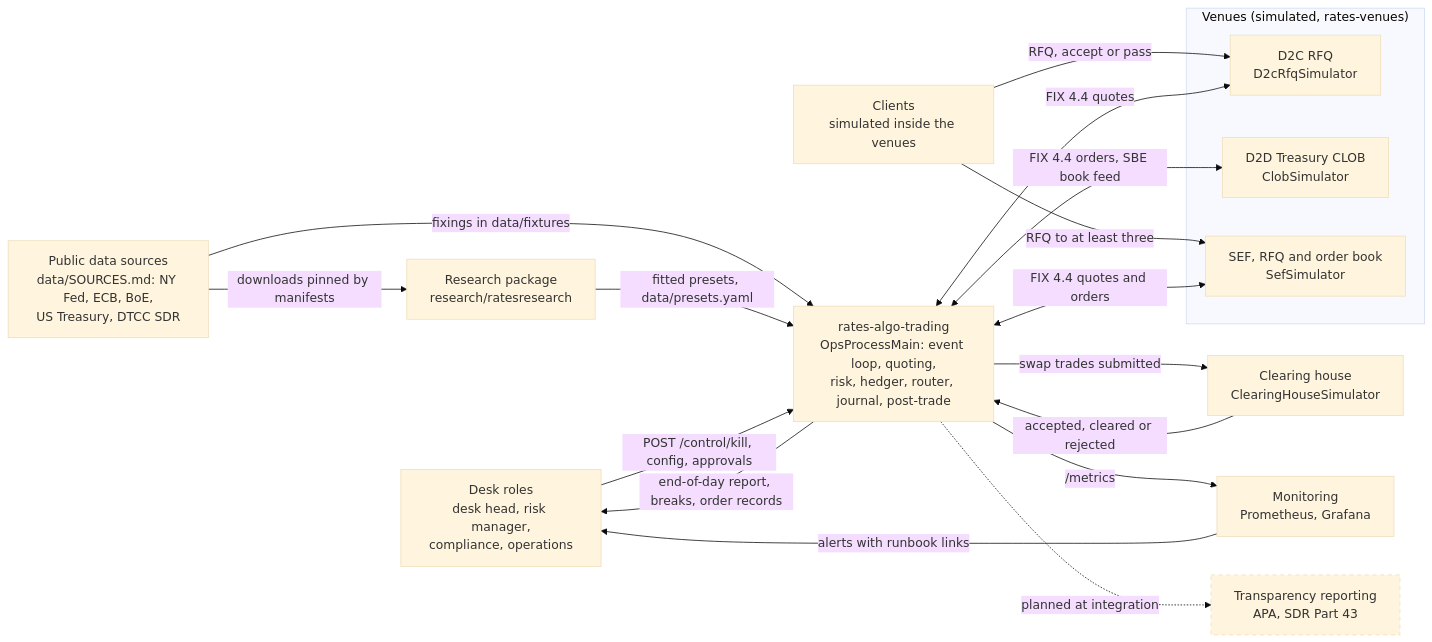
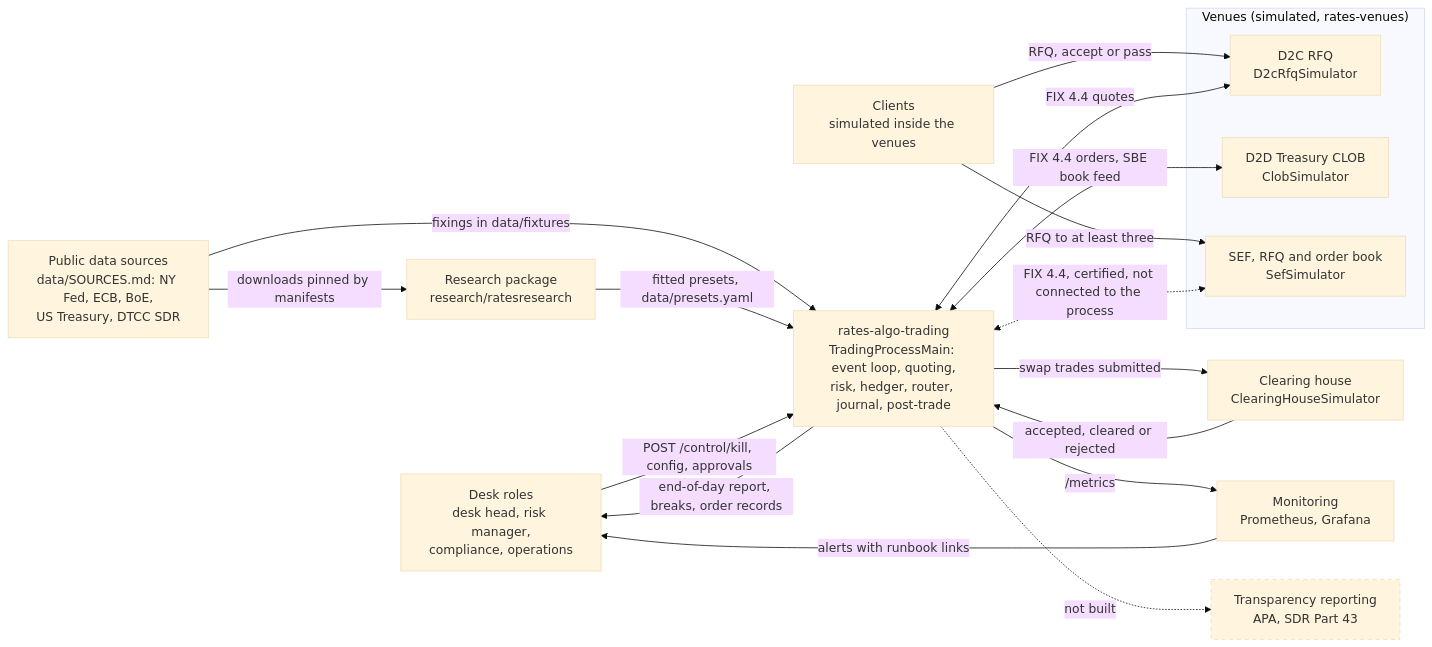
One commit to AshJha0/rates-algo-trading changed the diagram in docs/diagrams/system_context.mmd. Above: the diagram before and after it, drawn with Mermaid (base theme). The commit also changed 32 other files, not shown here.

Commit message:
docs: audit against the code at HEAD; README entry, order lifecycle, v2 process, pricing path and six diagrams

```diff
--- a/docs/diagrams/system_context.mmd
+++ b/docs/diagrams/system_context.mmd
@@ -1,34 +1,34 @@
 %% Title: System context of the platform
 flowchart LR
   desk["Desk roles<br/>desk head, risk manager,<br/>compliance, operations"]
   clients["Clients<br/>simulated inside the venues"]
   subgraph venues["Venues (simulated, rates-venues)"]
     d2c["D2C RFQ<br/>D2cRfqSimulator"]
     clob["D2D Treasury CLOB<br/>ClobSimulator"]
     sef["SEF, RFQ and order book<br/>SefSimulator"]
   end
-  platform["rates-algo-trading<br/>OpsProcessMain: event loop, quoting,<br/>risk, hedger, router, journal, post-trade"]
+  platform["rates-algo-trading<br/>TradingProcessMain: event loop, quoting,<br/>risk, hedger, router, journal, post-trade"]
   ccp["Clearing house<br/>ClearingHouseSimulator"]
   data["Public data sources<br/>data/SOURCES.md: NY Fed, ECB, BoE,<br/>US Treasury, DTCC SDR"]
   research["Research package<br/>research/ratesresearch"]
   mon["Monitoring<br/>Prometheus, Grafana"]
   report["Transparency reporting<br/>APA, SDR Part 43"]
 
   clients -->|RFQ, accept or pass| d2c
   clients -->|RFQ to at least three| sef
   platform <-->|FIX 4.4 quotes| d2c
   platform <-->|FIX 4.4 orders, SBE book feed| clob
-  platform <-->|FIX 4.4 quotes and orders| sef
+  platform <-.->|FIX 4.4, certified, not connected to the process| sef
   platform -->|swap trades submitted| ccp
   ccp -->|accepted, cleared or rejected| platform
   data -->|downloads pinned by manifests| research
   data -->|fixings in data/fixtures| platform
   research -->|fitted presets, data/presets.yaml| platform
   desk -->|POST /control/kill, config, approvals| platform
   platform -->|/metrics| mon
   mon -->|alerts with runbook links| desk
   platform -->|end-of-day report, breaks, order records| desk
-  platform -.->|planned at integration| report
+  platform -.->|not built| report
 
   classDef planned stroke-dasharray: 5 5
   class report planned
```
